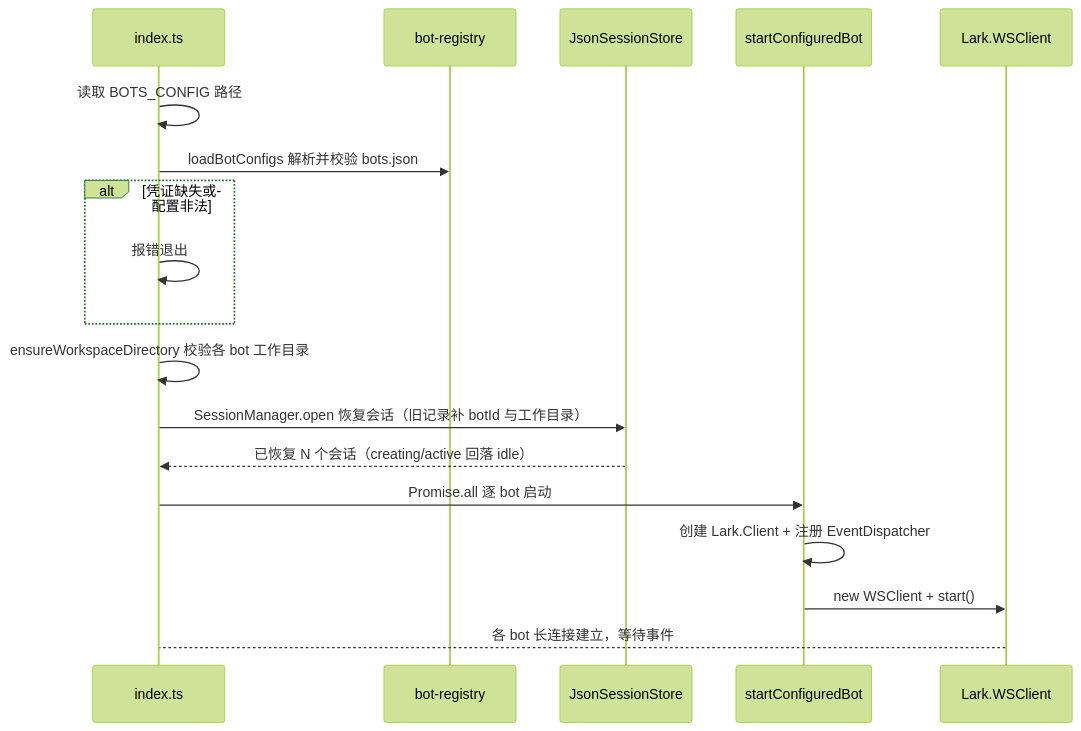
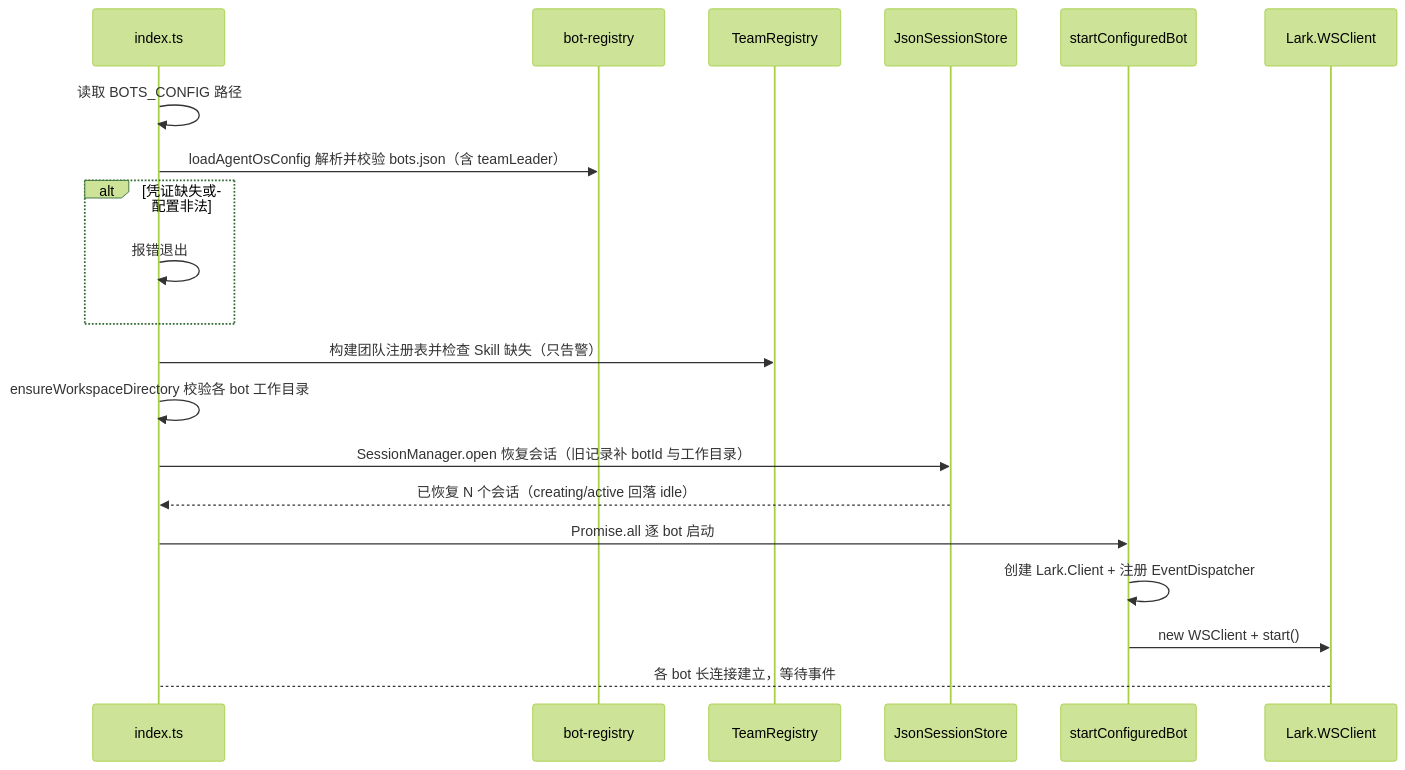
Before and after one commit to CerrorJ/Agent-Team: the second of 2 diagrams in openwiki/architecture/overview.md, drawn with Mermaid (forest theme). The commit also changed other lines of this file and 12 other files, not shown here.

````diff
--- a/openwiki/architecture/overview.md
+++ b/openwiki/architecture/overview.md
@@ -121,21 +145,23 @@
 ```mermaid
 sequenceDiagram
     participant Entry as index.ts
     participant Reg as bot-registry
+    participant Team as TeamRegistry
     participant Store as JsonSessionStore
     participant Bot as startConfiguredBot
     participant WS as Lark.WSClient
 
     Entry->>Entry: 读取 BOTS_CONFIG 路径
-    Entry->>Reg: loadBotConfigs 解析并校验 bots.json
+    Entry->>Reg: loadAgentOsConfig 解析并校验 bots.json（含 teamLeader）
     alt 凭证缺失或配置非法
         Entry->>Entry: 报错退出
     end
+    Entry->>Team: 构建团队注册表并检查 Skill 缺失（只告警）
     Entry->>Entry: ensureWorkspaceDirectory 校验各 bot 工作目录
     Entry->>Store: SessionManager.open 恢复会话（旧记录补 botId 与工作目录）
     Store-->>Entry: 已恢复 N 个会话（creating/active 回落 idle）
     Entry->>Bot: Promise.all 逐 bot 启动
     Bot->>Bot: 创建 Lark.Client + 注册 EventDispatcher
     Bot->>WS: new WSClient + start()
     WS-->Entry: 各 bot 长连接建立，等待事件
 ```
````
